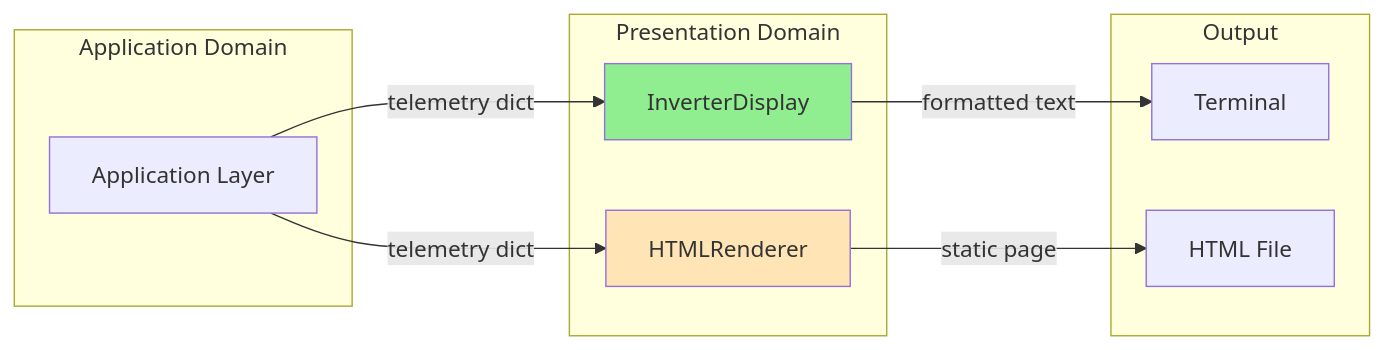
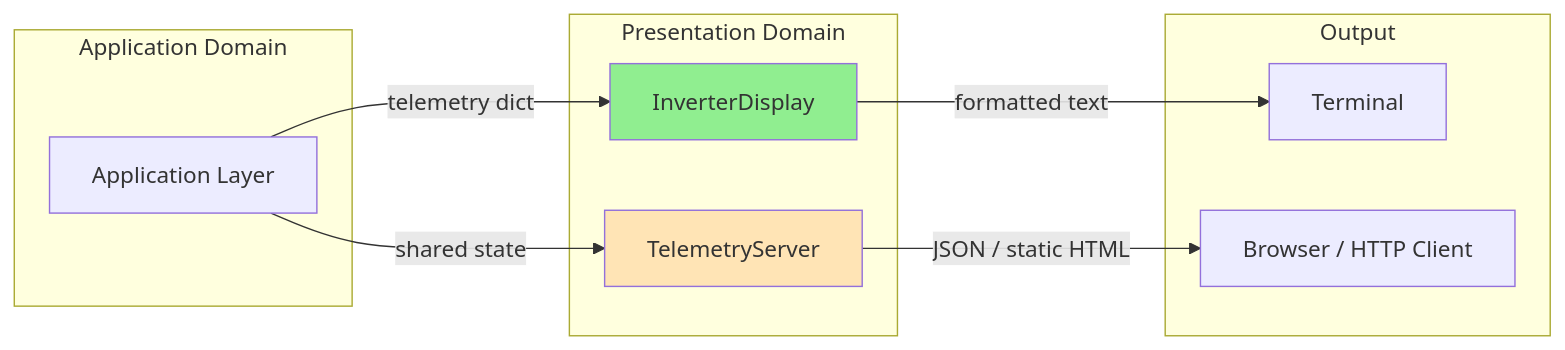
One commit to William12556/solax-modbus changed the first of 2 diagrams in ai/workspace/design/design-af5c3d4e-domain_presentation.md. Above: the diagram before and after it, drawn with Mermaid. The commit also changed other lines of this file and 6 other files, not shown here.

````diff
--- a/ai/workspace/design/design-af5c3d4e-domain_presentation.md
+++ b/ai/workspace/design/design-af5c3d4e-domain_presentation.md
@@ -88,24 +88,24 @@
 ```mermaid
 flowchart LR
     subgraph "Application Domain"
         APP[Application Layer]
     end
     
     subgraph "Presentation Domain"
         CONSOLE[InverterDisplay]
-        HTML[HTMLRenderer]
+        SERVER[TelemetryServer]
     end
     
     subgraph "Output"
         TERM[Terminal]
-        FILE[HTML File]
+        BROWSER[Browser / HTTP Client]
     end
     
     APP -->|telemetry dict| CONSOLE
-    APP -->|telemetry dict| HTML
+    APP -->|shared state| SERVER
     CONSOLE -->|formatted text| TERM
-    HTML -->|static page| FILE
+    SERVER -->|JSON / static HTML| BROWSER
     
     style CONSOLE fill:#90EE90
-    style HTML fill:#FFE4B5
+    style SERVER fill:#FFE4B5
 ```
````
